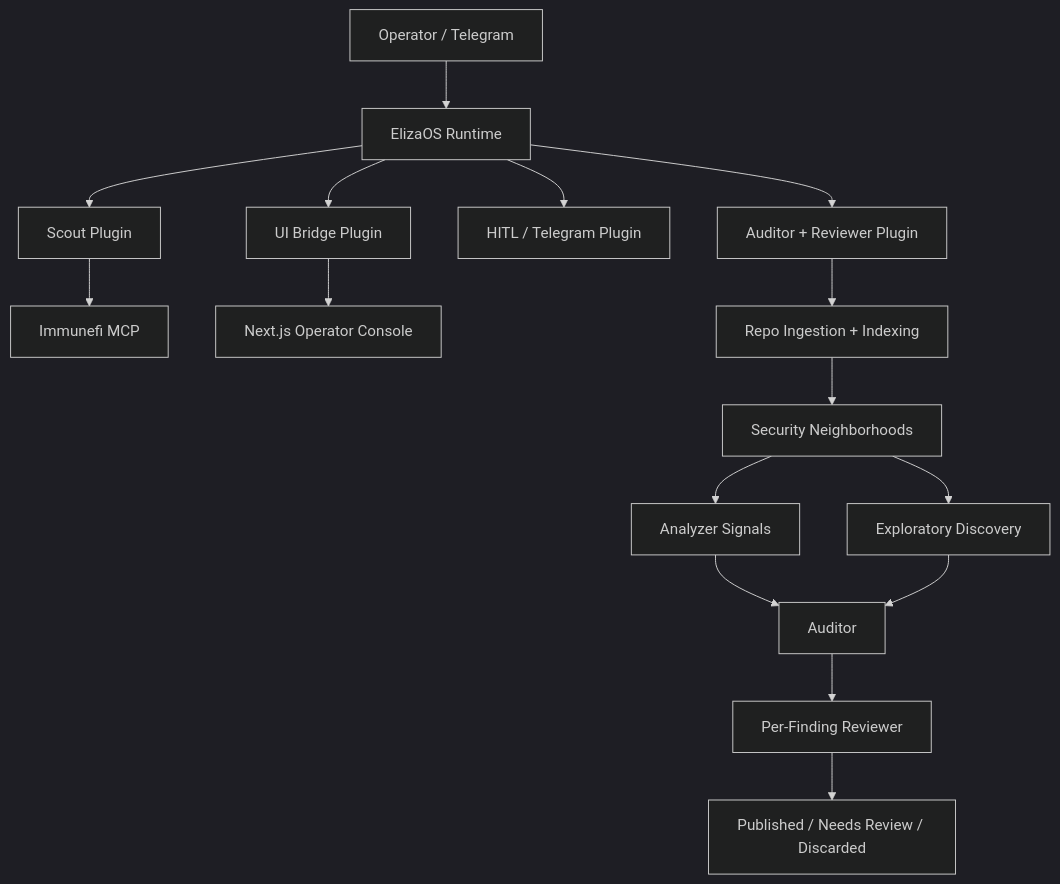
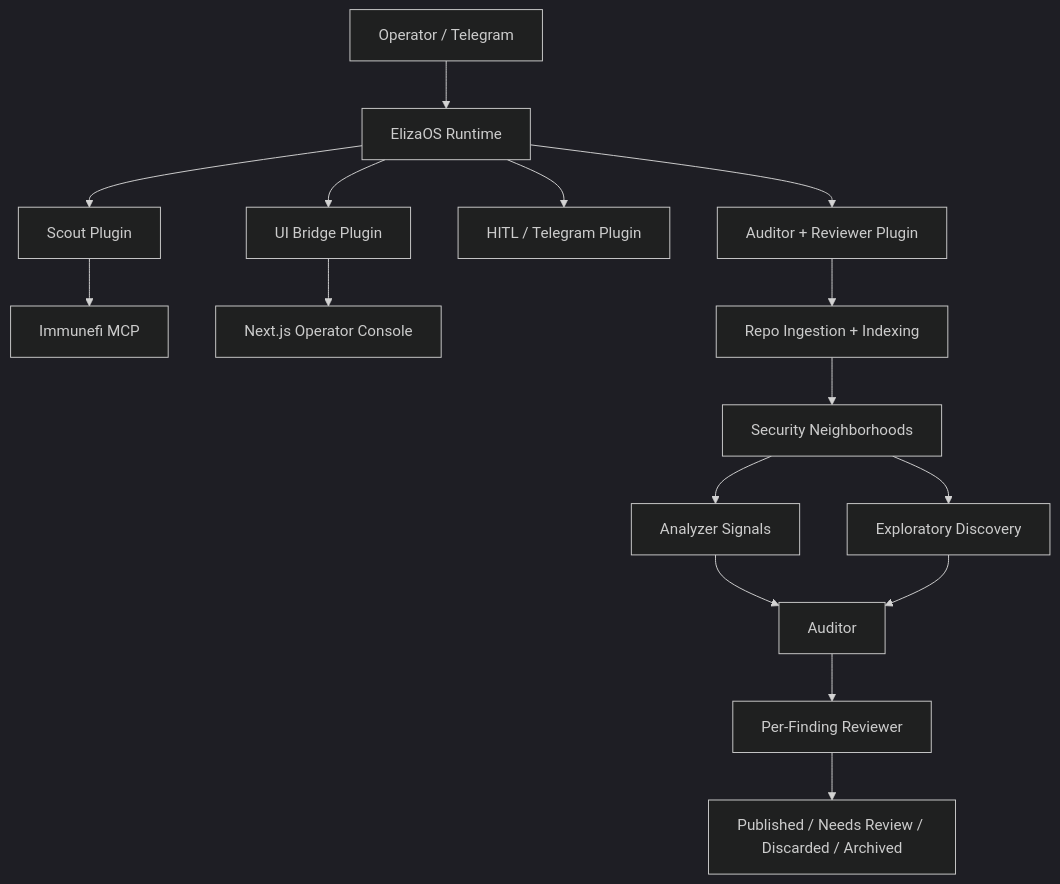
The diagram in README.md (blaqjeff/VigilanceOS), drawn with Mermaid (dark theme) before and after one commit. The commit also changed other lines of this file and 10 other files, not shown here.

````diff
--- a/README.md
+++ b/README.md
@@ -46,19 +41,19 @@
 ```mermaid
 flowchart TD
     A["Operator / Telegram"] --> B["ElizaOS Runtime"]
     B --> C["Scout Plugin"]
     B --> D["UI Bridge Plugin"]
     B --> E["HITL / Telegram Plugin"]
     B --> F["Auditor + Reviewer Plugin"]
 
     C --> G["Immunefi MCP"]
     D --> H["Next.js Operator Console"]
     F --> I["Repo Ingestion + Indexing"]
     I --> J["Security Neighborhoods"]
     J --> K["Analyzer Signals"]
     J --> L["Exploratory Discovery"]
     K --> M["Auditor"]
     L --> M
     M --> N["Per-Finding Reviewer"]
-    N --> O["Published / Needs Review / Discarded"]
+    N --> O["Published / Needs Review / Discarded / Archived"]
 ```
````
